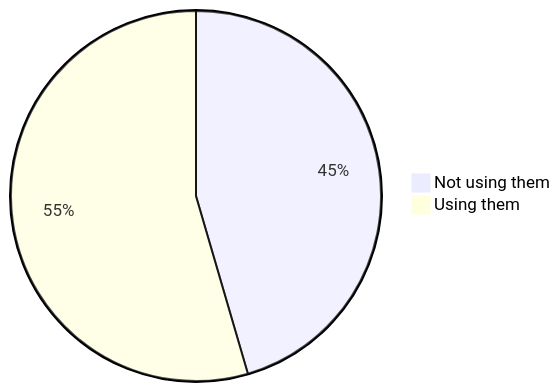
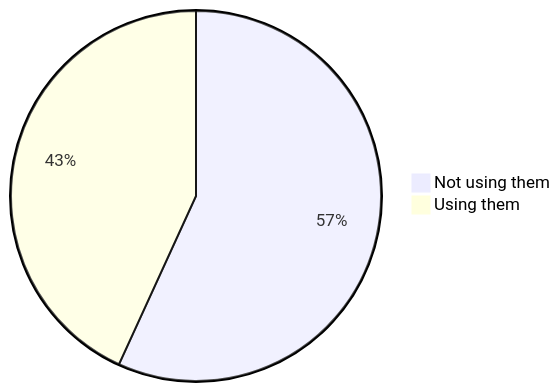
One commit to oshp/oshp-stats changed the first of 22 diagrams in stats.md. Above: the diagram before and after it, drawn with Mermaid. The commit also changed other lines of this file, not shown here.

````diff
--- a/stats.md
+++ b/stats.md
@@ -10,6 +10,6 @@
 ```mermaid
 pie
-	"Not using them" : 45.48
-	"Using them" : 54.52
+	"Not using them" : 56.83
+	"Using them" : 43.17
 
 ```
````
